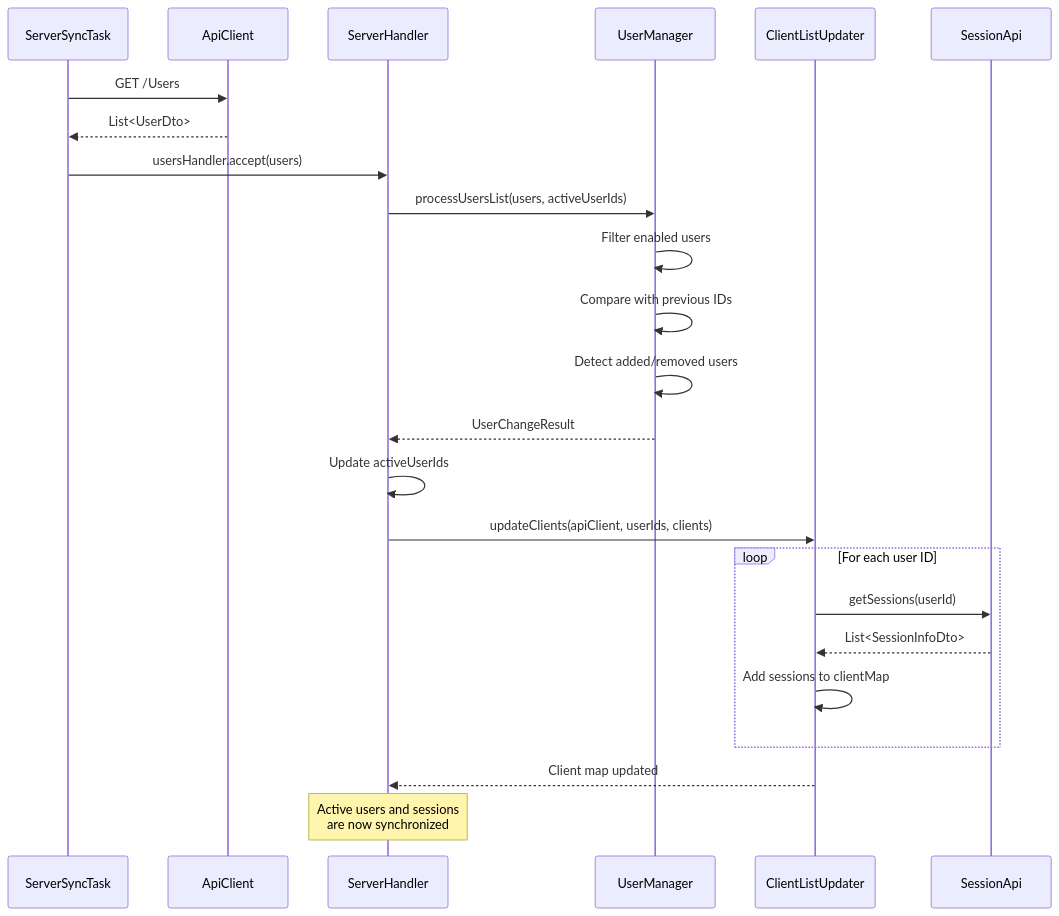
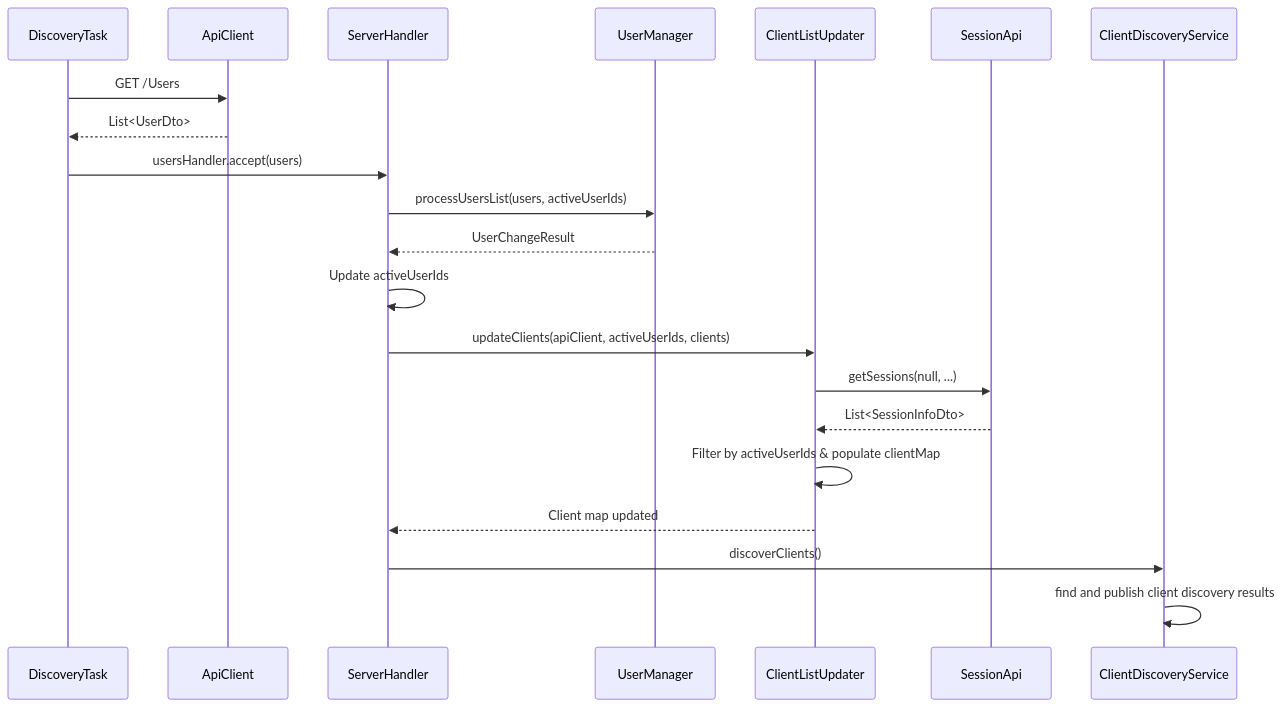
One commit to openhab/openhab-addons changed the second of 3 diagrams in bundles/org.openhab.binding.jellyfin/docs/architecture/task-management.md. Above: the diagram before and after it, drawn with Mermaid. The commit also changed other lines of this file and 13 other files, not shown here.

First line of the commit message:
fix(discovery): restore client discovery after socket connect

````diff
--- a/bundles/org.openhab.binding.jellyfin/docs/architecture/task-management.md
+++ b/bundles/org.openhab.binding.jellyfin/docs/architecture/task-management.md
@@ -163,32 +167,27 @@
 ```mermaid
 sequenceDiagram
-    participant Task as ServerSyncTask
+    participant DTask as DiscoveryTask
     participant API as ApiClient
     participant Handler as ServerHandler
     participant UserMgr as UserManager
     participant Updater as ClientListUpdater
     participant SessionAPI as SessionApi
+    participant CDS as ClientDiscoveryService
 
-    Task->>API: GET /Users
-    API-->>Task: List<UserDto>
-    Task->>Handler: usersHandler.accept(users)
+    DTask->>API: GET /Users
+    API-->>DTask: List<UserDto>
+    DTask->>Handler: usersHandler.accept(users)
 
     Handler->>UserMgr: processUsersList(users, activeUserIds)
-    UserMgr->>UserMgr: Filter enabled users
-    UserMgr->>UserMgr: Compare with previous IDs
-    UserMgr->>UserMgr: Detect added/removed users
     UserMgr-->>Handler: UserChangeResult
+    Handler->>Handler: Update activeUserIds
 
-    Handler->>Handler: Update activeUserIds
-    Handler->>Updater: updateClients(apiClient, userIds, clients)
-
-    loop For each user ID
-        Updater->>SessionAPI: getSessions(userId)
-        SessionAPI-->>Updater: List<SessionInfoDto>
-        Updater->>Updater: Add sessions to clientMap
-    end
-
+    Handler->>Updater: updateClients(apiClient, activeUserIds, clients)
+    Updater->>SessionAPI: getSessions(null, ...)
+    SessionAPI-->>Updater: List<SessionInfoDto>
+    Updater->>Updater: Filter by activeUserIds & populate clientMap
     Updater-->>Handler: Client map updated
 
-    Note over Handler: Active users and sessions<br/>are now synchronized
+    Handler->>CDS: discoverClients()
+    CDS->>CDS: find and publish client discovery results
 ```
````
